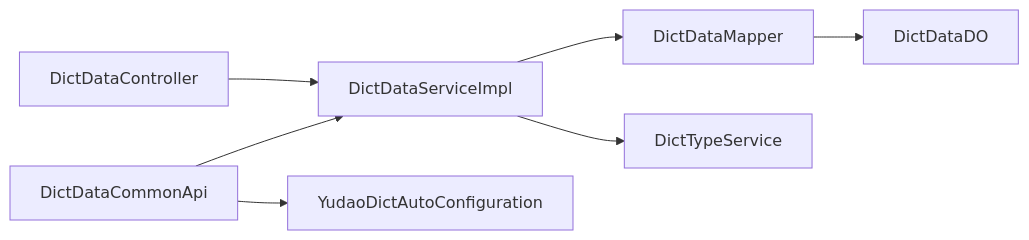
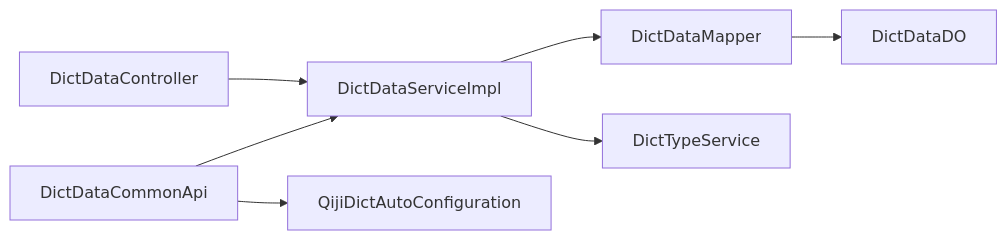
One commit to zhuangpengLI/AgenticCPS changed the sixth of 6 diagrams in backend/.qoder/repowiki/zh/content/核心业务模块/系统管理模块/字典配置管理.md. Above: the diagram before and after it, drawn with Mermaid. The commit also changed other lines of this file and 3489 other files, not shown here.

````diff
--- a/backend/.qoder/repowiki/zh/content/核心业务模块/系统管理模块/字典配置管理.md
+++ b/backend/.qoder/repowiki/zh/content/核心业务模块/系统管理模块/字典配置管理.md
@@ -245,9 +245,9 @@
 ```mermaid
 graph LR
 Ctrl["DictDataController"] --> Svc["DictDataServiceImpl"]
 Svc --> Mapper["DictDataMapper"]
 Mapper --> DO["DictDataDO"]
 Svc --> TypeSvc["DictTypeService"]
-FAPI["DictDataCommonApi"] --> AutoCfg["YudaoDictAutoConfiguration"]
+FAPI["DictDataCommonApi"] --> AutoCfg["QijiDictAutoConfiguration"]
 FAPI --> Svc
 ```
````
